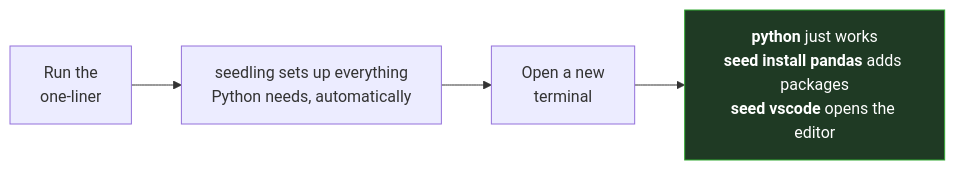
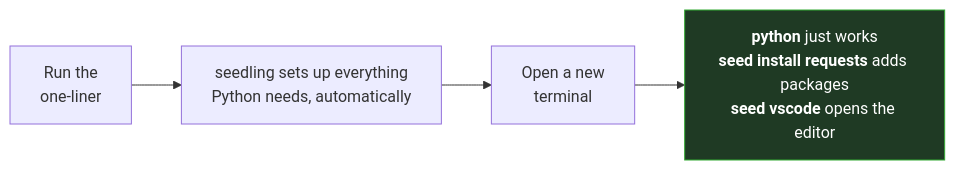
Before and after one commit to cryocliff/seedling: the second of 3 diagrams in README.md, drawn with Mermaid. The commit also changed other lines of this file, not shown here.

Commit message:
better example

````diff
--- a/README.md
+++ b/README.md
@@ -71,8 +71,8 @@
 ```mermaid
 flowchart LR
     I["Run the<br/>one-liner"] --> B["seedling sets up everything<br/>Python needs, automatically"]
     B --> T["Open a new<br/>terminal"]
-    T --> R["<b>python</b> just works<br/><b>seed install pandas</b> adds packages<br/><b>seed vscode</b> opens the editor"]
+    T --> R["<b>python</b> just works<br/><b>seed install requests</b> adds packages<br/><b>seed vscode</b> opens the editor"]
 
     style R fill:#1f3a24,stroke:#3a3,color:#fff
 ```
````
